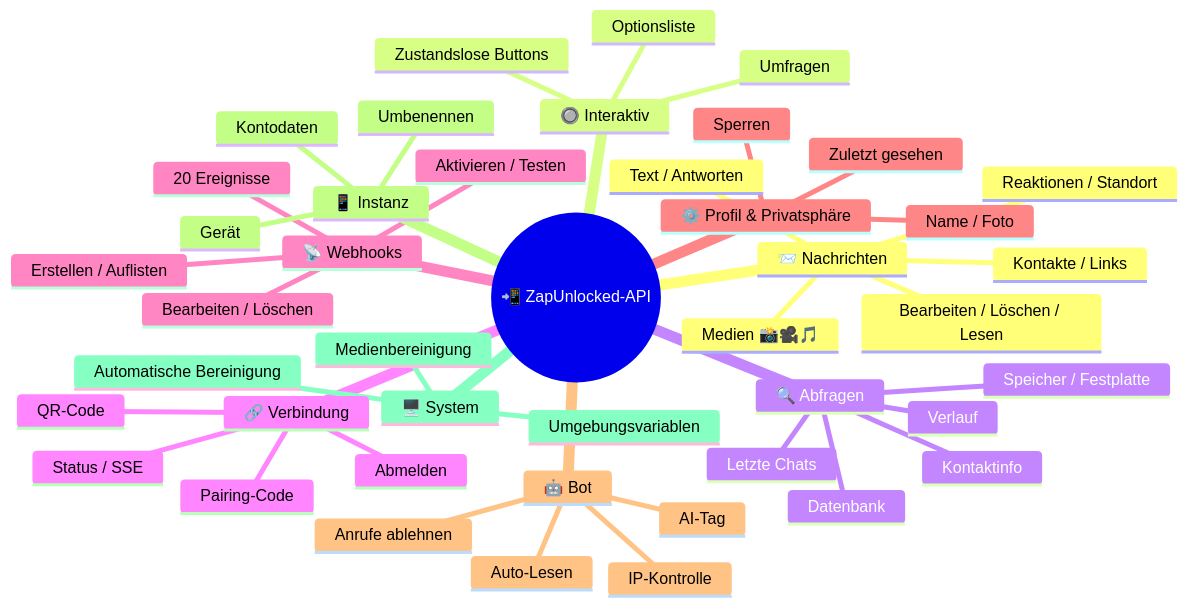
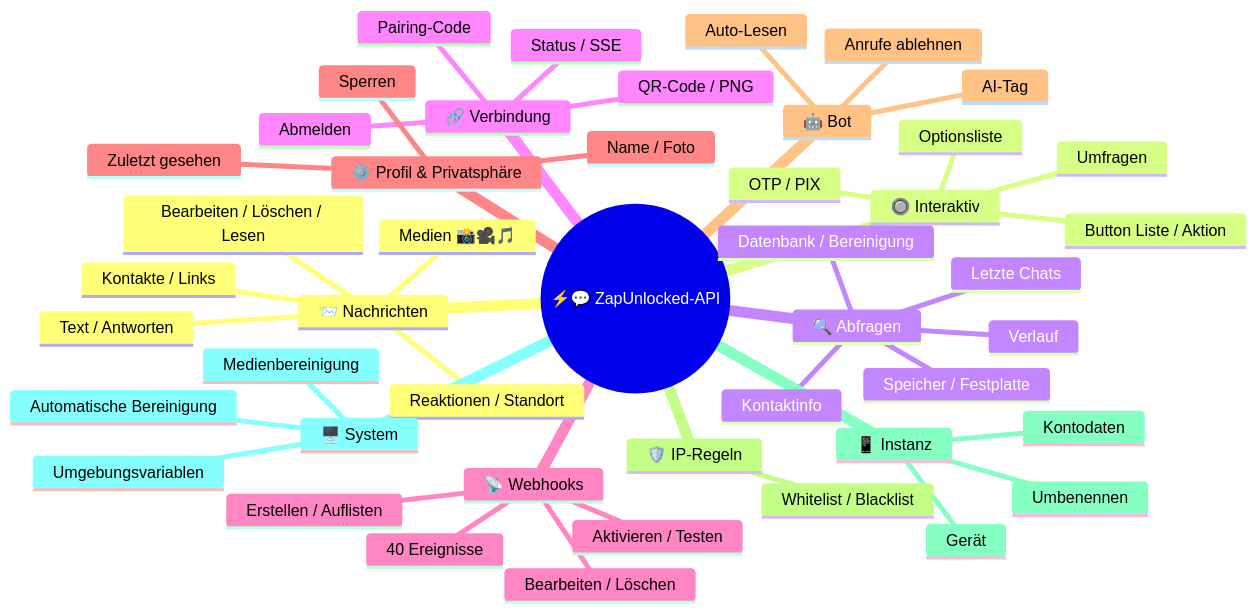
Before and after one commit to kauafpssx/ZapUnlocked-API: the first of 2 diagrams in docs/translations/de.md, drawn with Mermaid. The commit also changed other lines of this file and 23 other files, not shown here.

````diff
--- a/docs/translations/de.md
+++ b/docs/translations/de.md
@@ -52,47 +55,49 @@
 ```mermaid
 mindmap
-  root((📲 ZapUnlocked-API))
+  root((⚡💬 ZapUnlocked-API))
     📨 Nachrichten
       Text / Antworten
       Medien 📸🎥🎵
       Reaktionen / Standort
       Kontakte / Links
       Bearbeiten / Löschen / Lesen
     🔘 Interaktiv
-      Zustandslose Buttons
+      Button Liste / Aktion
+      OTP / PIX
       Optionsliste
       Umfragen
     🔍 Abfragen
       Kontaktinfo
       Verlauf
       Letzte Chats
       Speicher / Festplatte
-      Datenbank
+      Datenbank / Bereinigung
     🔗 Verbindung
       Status / SSE
-      QR-Code
+      QR-Code / PNG
       Pairing-Code
       Abmelden
     📡 Webhooks
-      Erstellen / Auflisten
-      Bearbeiten / Löschen
-      Aktivieren / Testen
-      20 Ereignisse
+       Erstellen / Auflisten
+       Bearbeiten / Löschen
+       Aktivieren / Testen
+       40 Ereignisse
     ⚙️ Profil & Privatsphäre
       Name / Foto
       Zuletzt gesehen
       Sperren
     🤖 Bot
       AI-Tag
-      IP-Kontrolle
       Anrufe ablehnen
       Auto-Lesen
+    🛡️ IP-Regeln
+      Whitelist / Blacklist
     📱 Instanz
       Kontodaten
       Gerät
       Umbenennen
     🖥️ System
       Umgebungsvariablen
       Medienbereinigung
       Automatische Bereinigung
 ```
````
